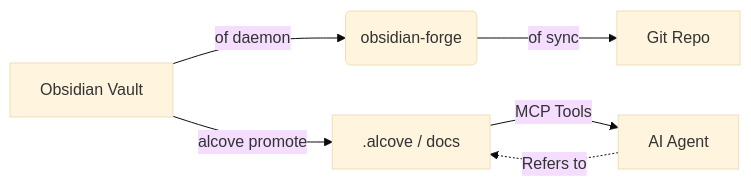
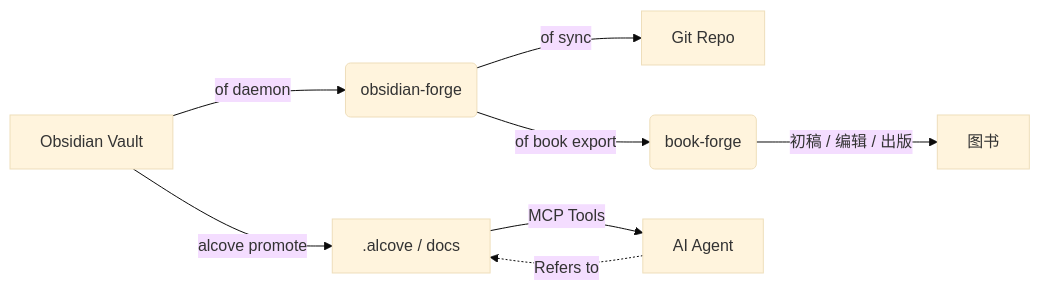
One commit to epicsagas/obsidian-forge changed the diagram in docs/README_zh-CN.md. Above: the diagram before and after it, drawn with Mermaid (base theme). The commit also changed other lines of this file and 9 other files, not shown here.

Commit message:
docs(ecosystem): add book-forge integration guide across all languages

````diff
--- a/docs/README_zh-CN.md
+++ b/docs/README_zh-CN.md
@@ -340,8 +341,10 @@
 ```mermaid
 graph LR
     A[Obsidian Vault] -->|of daemon| B(obsidian-forge)
     B -->|of sync| C[Git Repo]
     A -->|alcove promote| D[.alcove / docs]
     D -->|MCP Tools| E[AI Agent]
     E -.->|Refers to| D
+    B -->|of book export| F(book-forge)
+    F -->|初稿 / 编辑 / 出版| G[图书]
 ```
````
